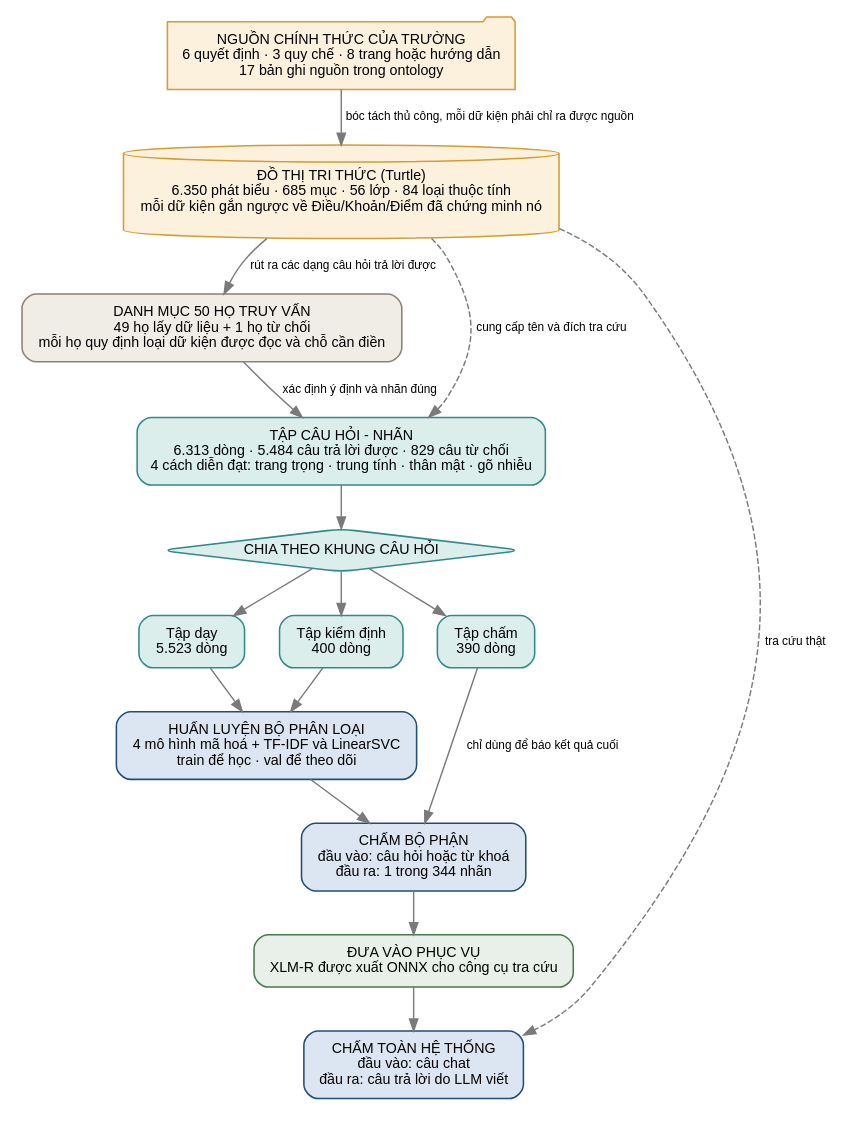
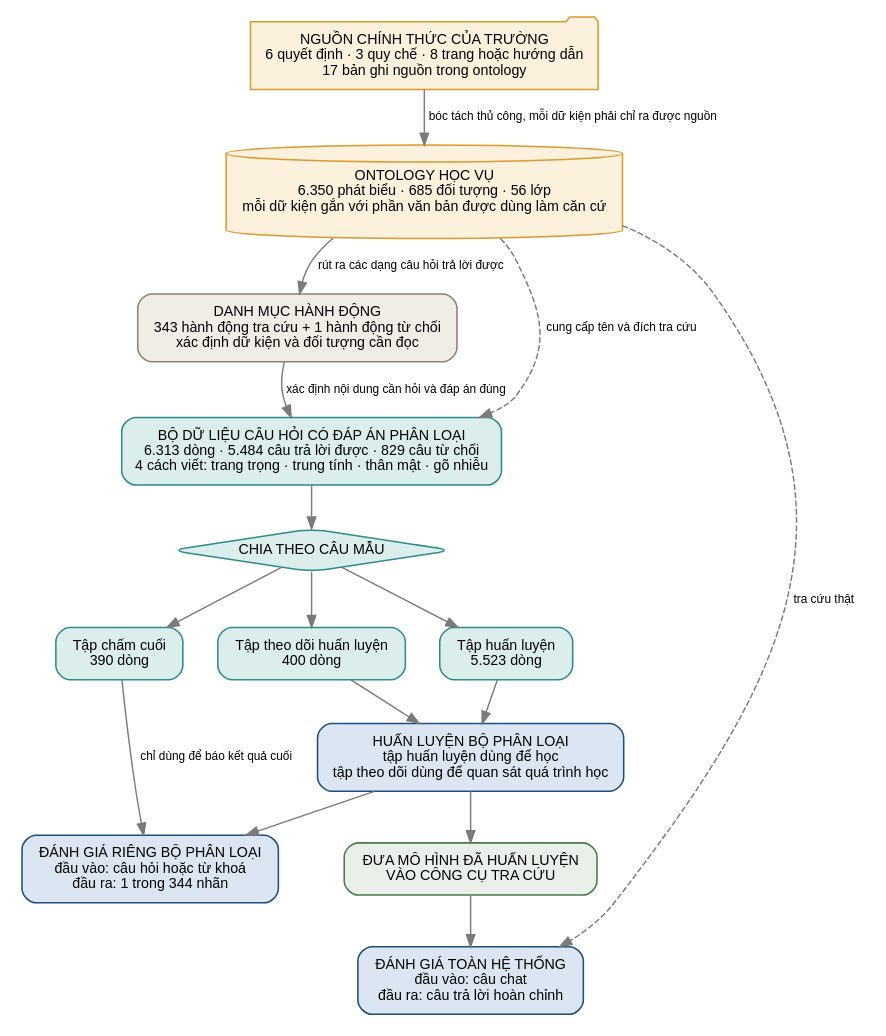
One commit to vpthinh19/ontology-chatbot changed the diagram in artifacts/figures/data-flow.dot. Above: the diagram before and after it, drawn with Graphviz. The commit also changed 15 other files, not shown here.

Commit message:
docs: simplify explanations and diagram terminology

```diff
--- a/artifacts/figures/data-flow.dot
+++ b/artifacts/figures/data-flow.dot
@@ -1,46 +1,46 @@
 digraph luong_du_lieu {
   pad=0.15;
   rankdir=TB; bgcolor="white"; nodesep=0.4; ranksep=0.5;
   node [shape=box, style="rounded,filled", fontname="Liberation Sans", fontsize=12,
         penwidth=1.3, margin="0.20,0.12"];
   edge [fontname="Liberation Sans", fontsize=10, color="#7a7a7a", penwidth=1.2];
 
   vb [label="NGUỒN CHÍNH THỨC CỦA TRƯỜNG\n6 quyết định · 3 quy chế · 8 trang hoặc hướng dẫn\n17 bản ghi nguồn trong ontology",
       shape=folder, style=filled, fillcolor="#fbf1dd", color="#d99b30"];
 
-  onto [label="ĐỒ THỊ TRI THỨC (Turtle)\n6.350 phát biểu · 685 mục · 56 lớp · 84 loại thuộc tính\nmỗi dữ kiện gắn ngược về Điều/Khoản/Điểm đã chứng minh nó",
+  onto [label="ONTOLOGY HỌC VỤ\n6.350 phát biểu · 685 đối tượng · 56 lớp\nmỗi dữ kiện gắn với phần văn bản được dùng làm căn cứ",
         shape=cylinder, style=filled, fillcolor="#fbf1dd", color="#d99b30"];
 
-  dm [label="DANH MỤC 50 HỌ TRUY VẤN\n49 họ lấy dữ liệu + 1 họ từ chối\nmỗi họ quy định loại dữ kiện được đọc và chỗ cần điền",
+  dm [label="DANH MỤC HÀNH ĐỘNG\n343 hành động tra cứu + 1 hành động từ chối\nxác định dữ kiện và đối tượng cần đọc",
       fillcolor="#f0ece6", color="#8a8175"];
 
-  cap [label="TẬP CÂU HỎI - NHÃN\n6.313 dòng · 5.484 câu trả lời được · 829 câu từ chối\n4 cách diễn đạt: trang trọng · trung tính · thân mật · gõ nhiễu",
+  cap [label="BỘ DỮ LIỆU CÂU HỎI CÓ ĐÁP ÁN PHÂN LOẠI\n6.313 dòng · 5.484 câu trả lời được · 829 câu từ chối\n4 cách viết: trang trọng · trung tính · thân mật · gõ nhiễu",
        fillcolor="#dbeeec", color="#2e8b8b"];
 
-  chia [label="CHIA THEO KHUNG CÂU HỎI", shape=diamond, fillcolor="#dbeeec",
+  chia [label="CHIA THEO CÂU MẪU", shape=diamond, fillcolor="#dbeeec",
         color="#2e8b8b", margin="0.12,0.04"];
-  day  [label="Tập dạy\n5.523 dòng", fillcolor="#dbeeec", color="#2e8b8b"];
-  kd   [label="Tập kiểm định\n400 dòng", fillcolor="#dbeeec", color="#2e8b8b"];
-  cham [label="Tập chấm\n390 dòng", fillcolor="#dbeeec", color="#2e8b8b"];
+  day  [label="Tập huấn luyện\n5.523 dòng", fillcolor="#dbeeec", color="#2e8b8b"];
+  kd   [label="Tập theo dõi huấn luyện\n400 dòng", fillcolor="#dbeeec", color="#2e8b8b"];
+  cham [label="Tập chấm cuối\n390 dòng", fillcolor="#dbeeec", color="#2e8b8b"];
 
-  train [label="HUẤN LUYỆN BỘ PHÂN LOẠI\n4 mô hình mã hoá + TF-IDF và LinearSVC\ntrain để học · val để theo dõi", fillcolor="#dce6f2", color="#1f4e79"];
-  chon  [label="CHẤM BỘ PHẬN\nđầu vào: câu hỏi hoặc từ khoá\nđầu ra: 1 trong 344 nhãn", fillcolor="#dce6f2", color="#1f4e79"];
-  danh  [label="CHẤM TOÀN HỆ THỐNG\nđầu vào: câu chat\nđầu ra: câu trả lời do LLM viết", fillcolor="#dce6f2", color="#1f4e79"];
-  phuc  [label="ĐƯA VÀO PHỤC VỤ\nXLM-R được xuất ONNX cho công cụ tra cứu",
+  train [label="HUẤN LUYỆN BỘ PHÂN LOẠI\ntập huấn luyện dùng để học\ntập theo dõi dùng để quan sát quá trình học", fillcolor="#dce6f2", color="#1f4e79"];
+  chon  [label="ĐÁNH GIÁ RIÊNG BỘ PHÂN LOẠI\nđầu vào: câu hỏi hoặc từ khoá\nđầu ra: 1 trong 344 nhãn", fillcolor="#dce6f2", color="#1f4e79"];
+  danh  [label="ĐÁNH GIÁ TOÀN HỆ THỐNG\nđầu vào: câu chat\nđầu ra: câu trả lời hoàn chỉnh", fillcolor="#dce6f2", color="#1f4e79"];
+  phuc  [label="ĐƯA MÔ HÌNH ĐÃ HUẤN LUYỆN\nVÀO CÔNG CỤ TRA CỨU",
          fillcolor="#e9f0e9", color="#4a7a4a"];
 
   vb -> onto [label="  bóc tách thủ công, mỗi dữ kiện phải chỉ ra được nguồn  "];
   onto -> dm [label="  rút ra các dạng câu hỏi trả lời được  "];
-  dm -> cap  [label="  xác định ý định và nhãn đúng  "];
+  dm -> cap  [label="  xác định nội dung cần hỏi và đáp án đúng  "];
   onto -> cap [label="  cung cấp tên và đích tra cứu  ", style=dashed];
   cap -> chia;
   chia -> day; chia -> kd; chia -> cham;
   day -> train;
   kd -> train;
   train -> chon;
   cham -> chon [label="  chỉ dùng để báo kết quả cuối  "];
-  chon -> phuc;
+  train -> phuc;
   phuc -> danh;
   onto -> danh [label="  tra cứu thật  ", style=dashed, constraint=false];
   { rank=same; day; kd; cham; }
 }
```
